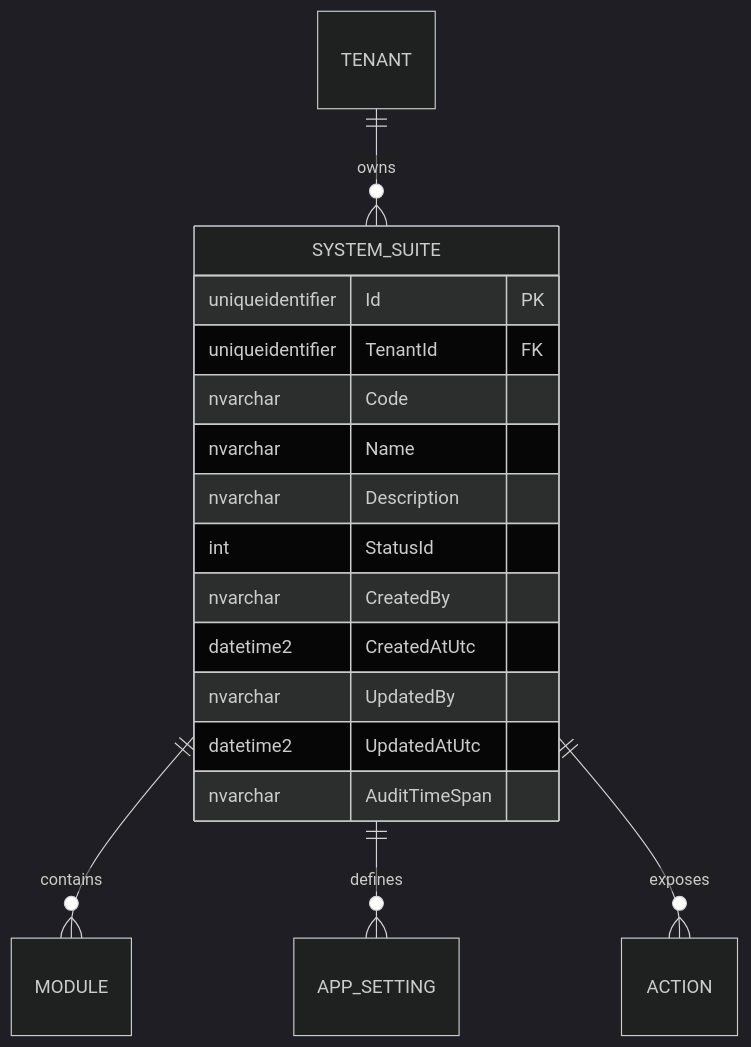
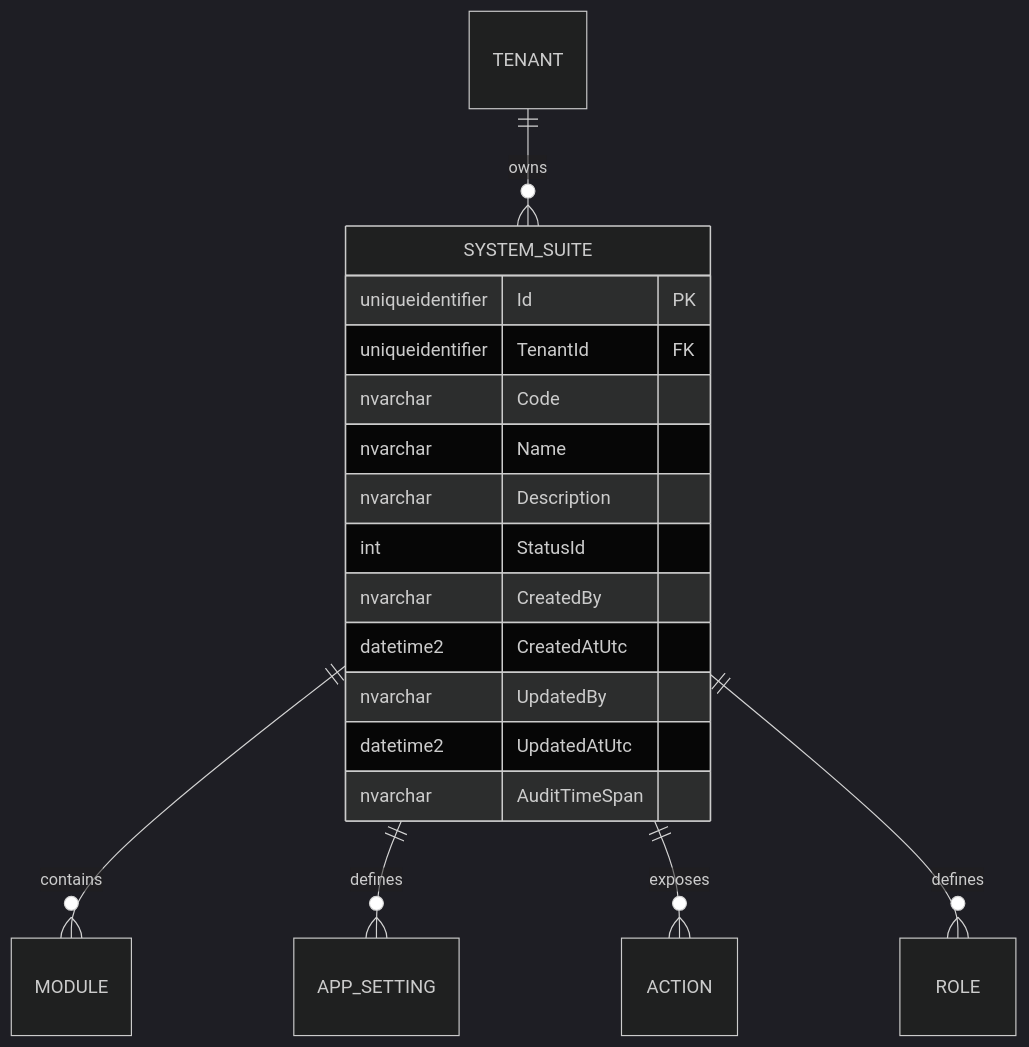
One commit to beyondnetcode/ums changed the third of 3 diagrams in docs/domain/authorization/system-suite.md. Above: the diagram before and after it, drawn with Mermaid (dark theme). The commit also changed other lines of this file and 91 other files, not shown here.

````diff
--- a/docs/domain/authorization/system-suite.md
+++ b/docs/domain/authorization/system-suite.md
@@ -154,21 +156,22 @@
 ```mermaid
 erDiagram
     TENANT ||--o{ SYSTEM_SUITE : "owns"
     SYSTEM_SUITE ||--o{ MODULE : "contains"
     SYSTEM_SUITE ||--o{ APP_SETTING : "defines"
     SYSTEM_SUITE ||--o{ ACTION : "exposes"
+    SYSTEM_SUITE ||--o{ ROLE : "defines"
 
     SYSTEM_SUITE {
         uniqueidentifier Id PK
         uniqueidentifier TenantId FK
         nvarchar Code
         nvarchar Name
         nvarchar Description
         int StatusId
         nvarchar CreatedBy
         datetime2 CreatedAtUtc
         nvarchar UpdatedBy
         datetime2 UpdatedAtUtc
         nvarchar AuditTimeSpan
     }
 ```
````
